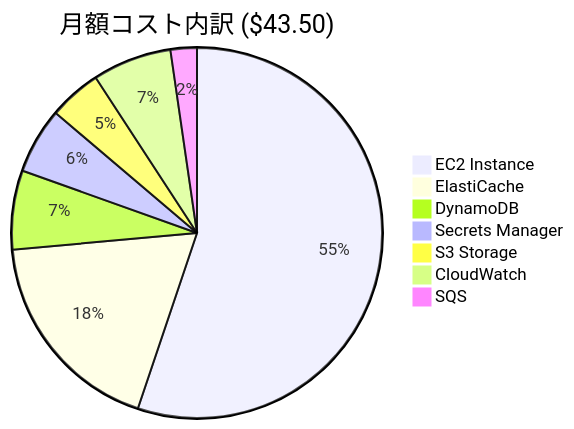
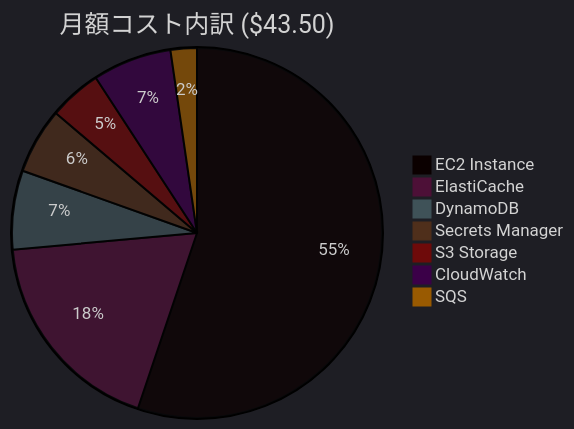
Before and after one commit to Riki-22/axia-tss: the fourth of 4 diagrams in README.md, drawn with Mermaid. The commit also changed other lines of this file and 8 other files, not shown here.

````diff
--- a/README.md
+++ b/README.md
@@ -183,10 +177,11 @@
-    ```mermaid
-    pie title 月額コスト内訳 ($43.50)
-        "EC2 Instance" : 24.00
-        "ElastiCache" : 8.00
-        "DynamoDB" : 3.00
-        "Secrets Manager" : 2.50
-        "S3 Storage" : 2.00
-        "CloudWatch" : 3.00
-        "SQS" : 1.00
-    ```
+```mermaid
+%%{init: {'theme': 'dark'}}%%
+pie title 月額コスト内訳 ($43.50)
+    "EC2 Instance" : 24.00
+    "ElastiCache" : 8.00
+    "DynamoDB" : 3.00
+    "Secrets Manager" : 2.50
+    "S3 Storage" : 2.00
+    "CloudWatch" : 3.00
+    "SQS" : 1.00
+```
````
